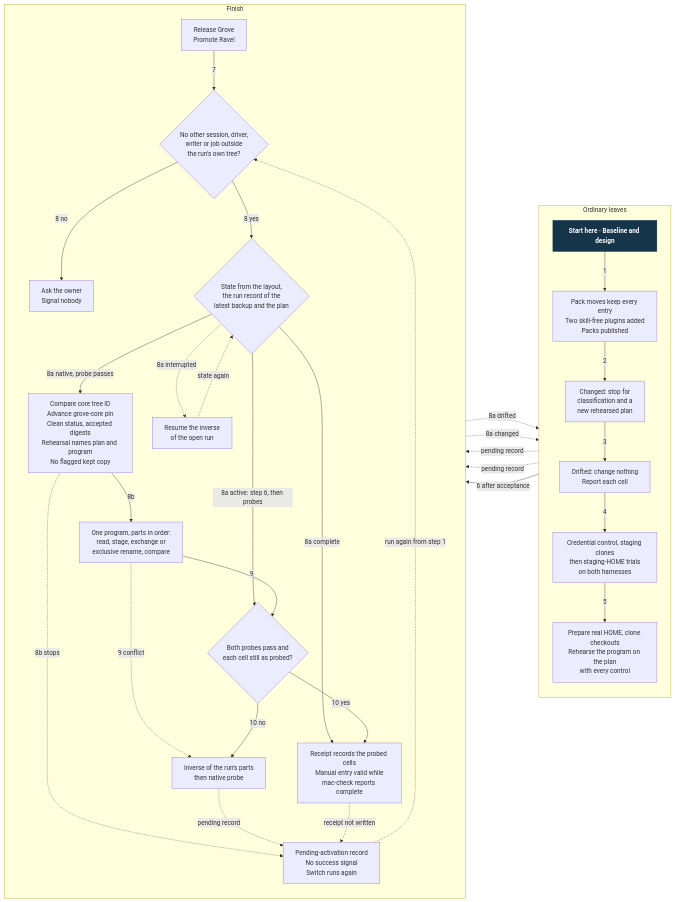
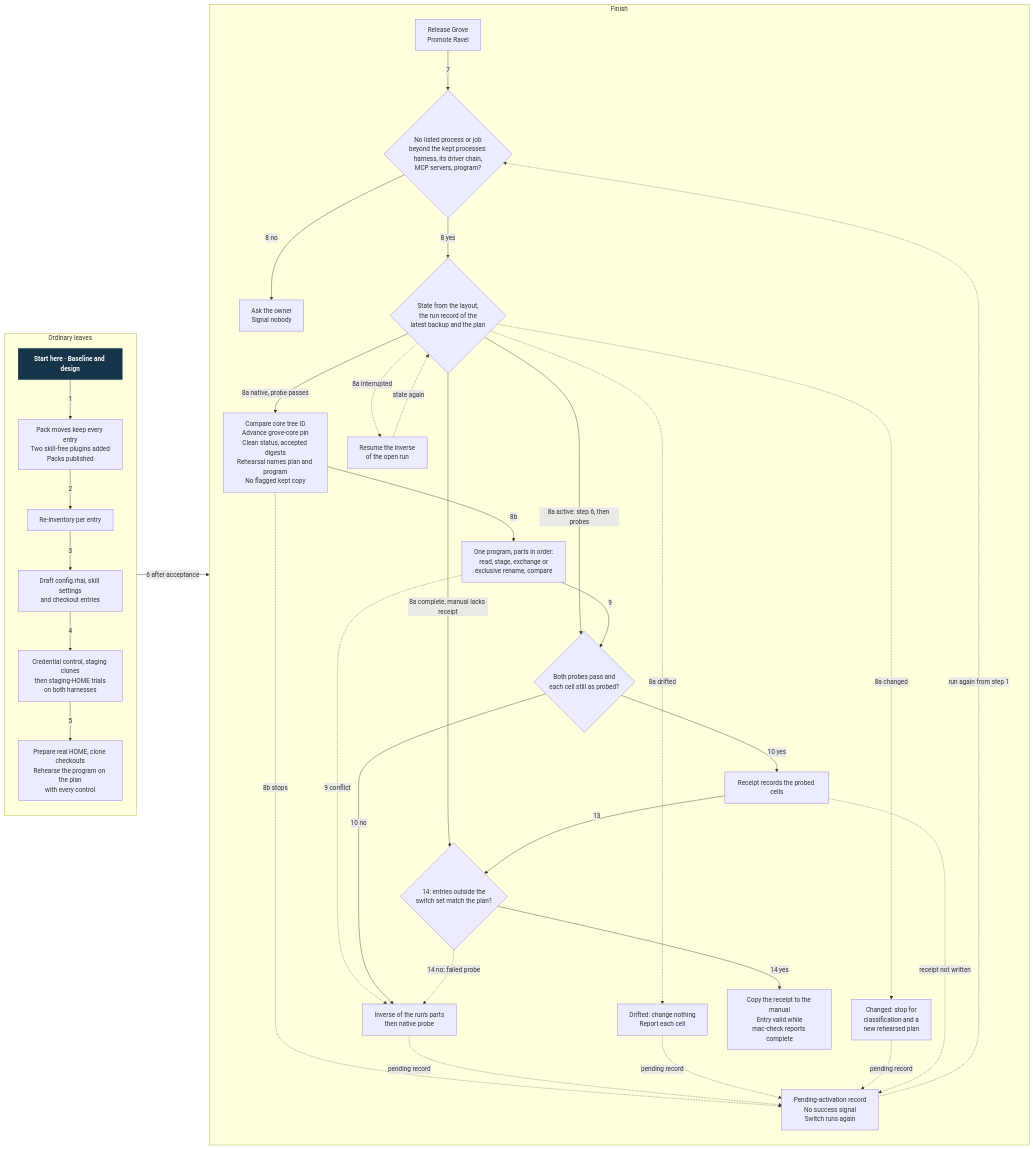
One commit to Linkuistics/grove changed the diagram in docs/design/harness-selection-and-execution/owner-cutover.mmd. Above: the diagram before and after it, drawn with Mermaid. The commit also changed 10 other files, not shown here.

```diff
--- a/docs/design/harness-selection-and-execution/owner-cutover.mmd
+++ b/docs/design/harness-selection-and-execution/owner-cutover.mmd
@@ -1,55 +1,60 @@
 flowchart LR
     subgraph prep["Ordinary leaves"]
         direction TB
         A["Start here · Baseline and design"]
         B["Pack moves keep every entry<br/>Two skill-free plugins added<br/>Packs published"]
         C["Re-inventory per entry"]
         D["Draft config.rhai, skill settings<br/>and checkout entries"]
         E["Credential control, staging clones<br/>then staging-HOME trials<br/>on both harnesses"]
         F["Prepare real HOME, clone checkouts<br/>Rehearse the program on the plan<br/>with every control"]
         A -->|1| B
         B -->|2| C
         C -->|3| D
         D -->|4| E
         E -->|5| F
     end
     subgraph fin["Finish"]
         direction TB
         G["Release Grove<br/>Promote Ravel"]
-        H{"No other session, driver,<br/>writer or job outside<br/>the run's own tree?"}
+        H{"No listed process or job<br/>beyond the kept processes:<br/>harness, its driver chain,<br/>MCP servers, program?"}
         I["Ask the owner<br/>Signal nobody"]
         S{"State from the layout,<br/>the run record of the<br/>latest backup and the plan"}
         R["Resume the inverse<br/>of the open run"]
-        D["Drifted: change nothing<br/>Report each cell"]
-        C["Changed: stop for<br/>classification and a<br/>new rehearsed plan"]
+        DR["Drifted: change nothing<br/>Report each cell"]
+        CH["Changed: stop for<br/>classification and a<br/>new rehearsed plan"]
         P["Compare core tree ID<br/>Advance grove-core pin<br/>Clean status, accepted digests<br/>Rehearsal names plan and program<br/>No flagged kept copy"]
         Q["Pending-activation record<br/>No success signal<br/>Switch runs again"]
         J["One program, parts in order:<br/>read, stage, exchange or<br/>exclusive rename, compare"]
         K{"Both probes pass and<br/>each cell still as probed?"}
         L["Inverse of the run's parts<br/>then native probe"]
-        M["Receipt records the probed cells<br/>Manual entry valid while<br/>mac-check reports complete"]
+        M["Receipt records the probed cells"]
+        N{"14: entries outside the<br/>switch set match the plan?"}
+        O["Copy the receipt to the manual<br/>Entry valid while<br/>mac-check reports complete"]
         G -->|7| H
         H -->|"8 no"| I
         H -->|"8 yes"| S
         S -->|"8a native, probe passes"| P
         S -.->|"8a interrupted"| R
         S -->|"8a active: step 6, then probes"| K
-        S -.->|"8a drifted"| D
-        S -.->|"8a changed"| C
-        S -->|"8a complete"| M
+        S -.->|"8a drifted"| DR
+        S -.->|"8a changed"| CH
+        S -->|"8a complete, manual lacks receipt"| N
         R -.->|"state again"| S
         P -->|"8b"| J
         P -.->|"8b stops"| Q
         J -->|9| K
         J -.->|"9 conflict"| L
         K -->|"10 no"| L
         L -.->|"pending record"| Q
         K -->|"10 yes"| M
-        D -.->|"pending record"| Q
-        C -.->|"pending record"| Q
+        M -->|13| N
+        N -->|"14 yes"| O
+        N -.->|"14 no: failed probe"| L
+        DR -.->|"pending record"| Q
+        CH -.->|"pending record"| Q
         M -.->|"receipt not written"| Q
         Q -.->|"run again from step 1"| H
     end
     prep -->|"6 after acceptance"| fin
     classDef start fill:#16354a,color:#fff,stroke:#16354a,font-weight:bold
     class A start
```
